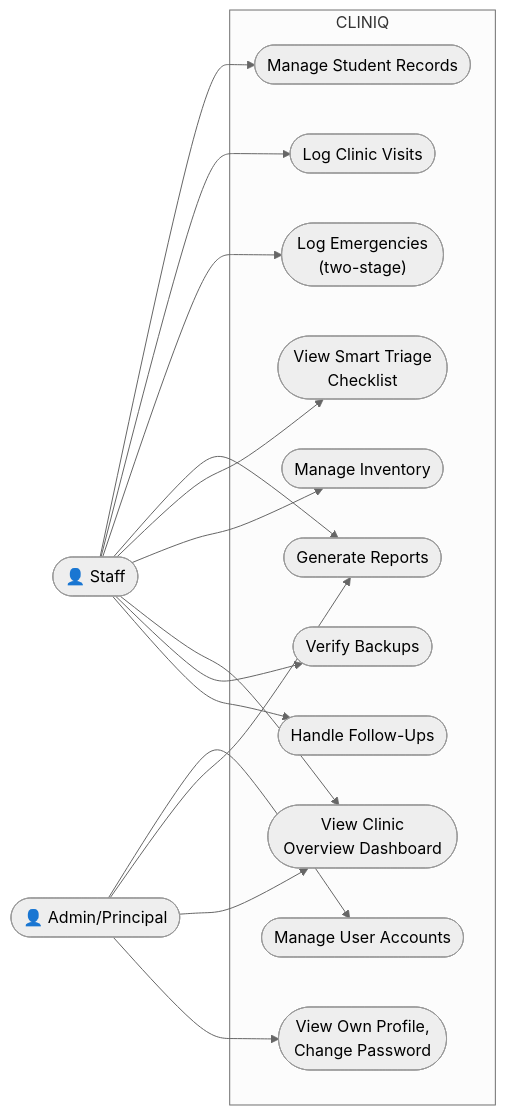
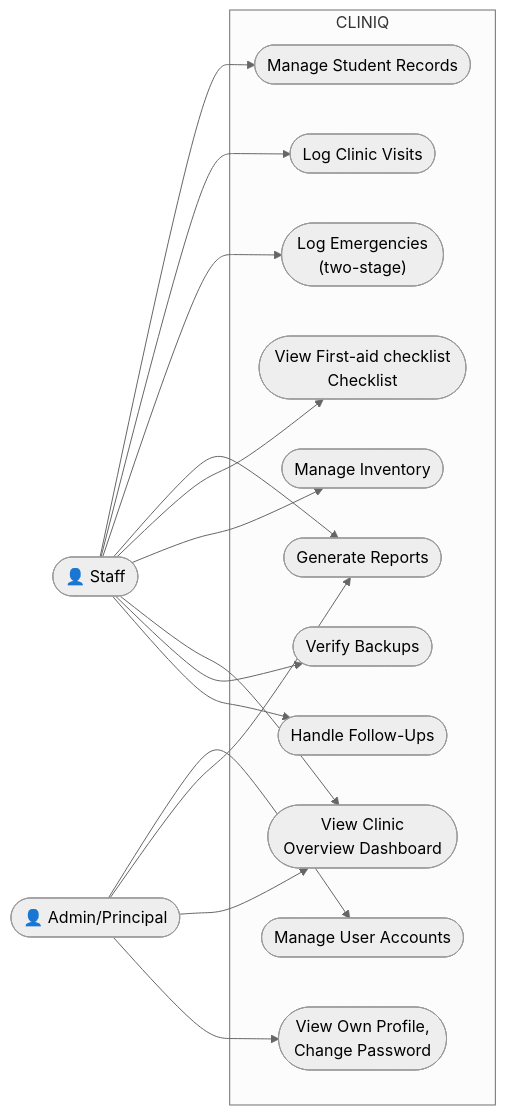
The diagram in CLINIQ-Knowledge-Base/02-Architecture/Database/Use-Case-Diagram.md (zekuuu/cliniq), drawn with Mermaid (neutral theme) before and after one commit. The commit also changed other lines of this file and 22 other files, not shown here.

````diff
--- a/CLINIQ-Knowledge-Base/02-Architecture/Database/Use-Case-Diagram.md
+++ b/CLINIQ-Knowledge-Base/02-Architecture/Database/Use-Case-Diagram.md
@@ -7,22 +7,22 @@
 ```mermaid
 flowchart LR
     STAFF(["👤 Staff"])
     ADMIN(["👤 Admin/Principal"])
 
     subgraph System["CLINIQ"]
         UC1(["Manage User Accounts"])
         UC2(["Manage Student Records"])
         UC3(["Log Clinic Visits"])
         UC4(["Log Emergencies<br/>(two-stage)"])
         UC5(["Generate Reports"])
-        UC7(["View Smart Triage<br/>Checklist"])
+        UC7(["View First-aid checklist<br/>Checklist"])
         UC8(["Manage Inventory"])
         UC9(["View Clinic<br/>Overview Dashboard"])
         UC10(["Verify Backups"])
         UC11(["Handle Follow-Ups"])
         UC12(["View Own Profile,<br/>Change Password"])
     end
 
     STAFF --> UC2 & UC3 & UC4 & UC5 & UC7 & UC8 & UC9 & UC10 & UC11
     ADMIN --> UC1 & UC5 & UC9 & UC12
 ```
````
